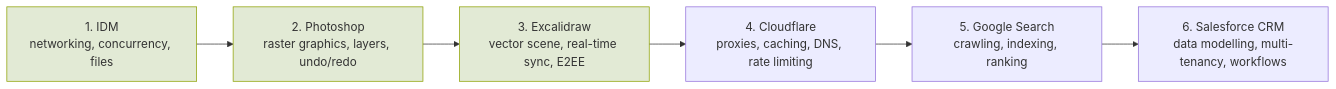
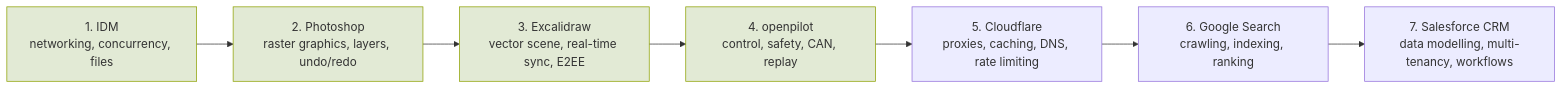
Before and after one commit to Fatalshears/GlitchGallery: the diagram in content/meta/roadmap.md, drawn with Mermaid. The commit also changed other lines of this file and 50 other files, not shown here.

````diff
--- a/content/meta/roadmap.md
+++ b/content/meta/roadmap.md
@@ -9,9 +9,10 @@
 ```mermaid
 flowchart LR
   A["1. IDM<br/>networking, concurrency, files"]:::done --> E["2. Photoshop<br/>raster graphics, layers, undo/redo"]:::done
   E --> X["3. Excalidraw<br/>vector scene, real-time sync, E2EE"]:::done
-  X --> B["4. Cloudflare<br/>proxies, caching, DNS, rate limiting"]
-  B --> C["5. Google Search<br/>crawling, indexing, ranking"]
-  C --> D["6. Salesforce CRM<br/>data modelling, multi-tenancy, workflows"]
+  X --> O["4. openpilot<br/>control, safety, CAN, replay"]:::done
+  O --> B["5. Cloudflare<br/>proxies, caching, DNS, rate limiting"]
+  B --> C["6. Google Search<br/>crawling, indexing, ranking"]
+  C --> D["7. Salesforce CRM<br/>data modelling, multi-tenancy, workflows"]
   classDef done fill:#a7c08055,stroke:#8da101
 ```
````
